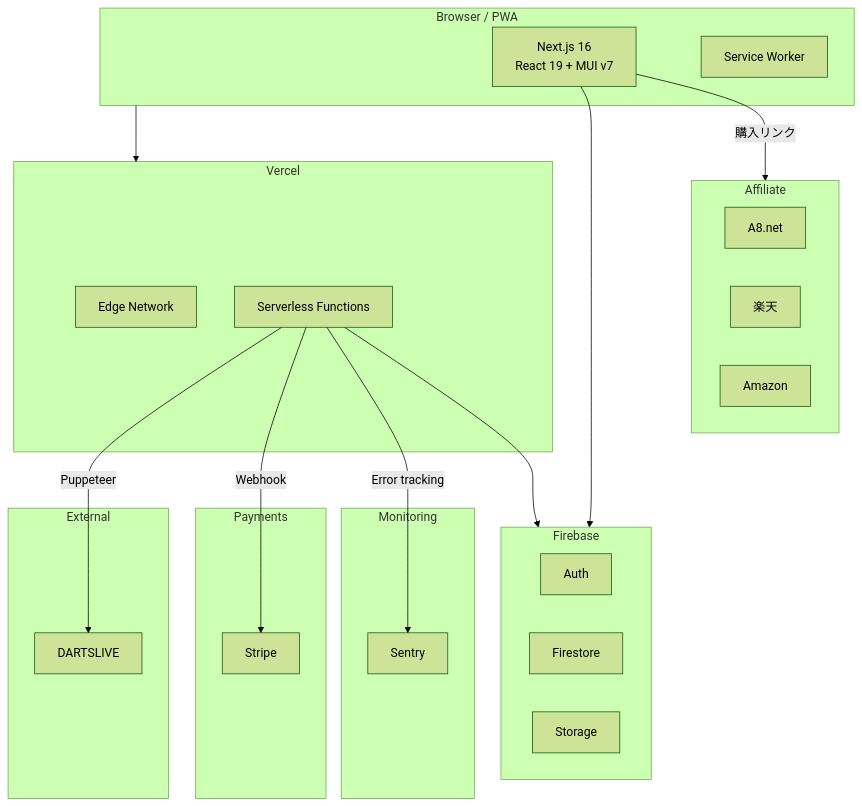
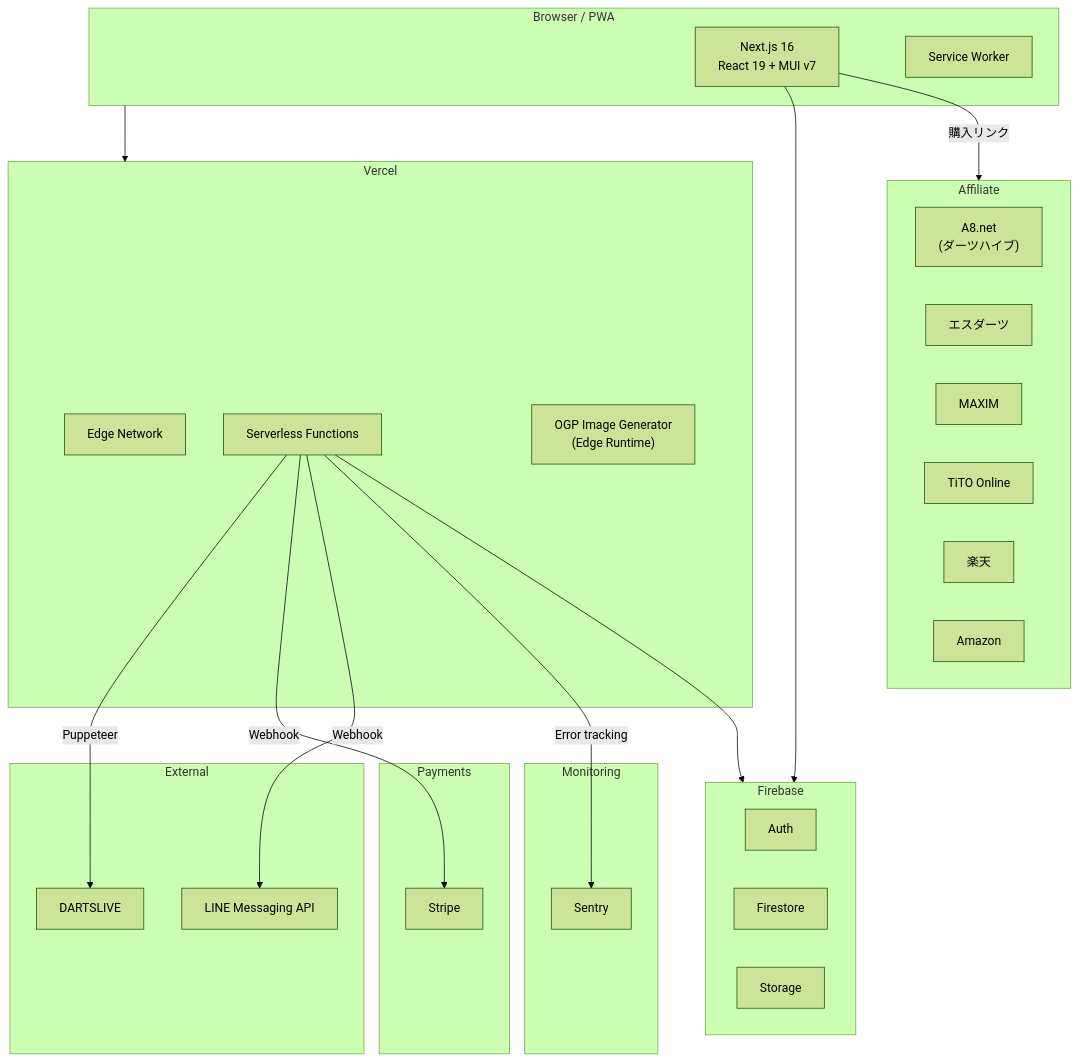
Before and after one commit to seiryuu1215/darts-app: the diagram in README.md, drawn with Mermaid (forest theme). The commit also changed other lines of this file and 14 other files, not shown here.

````diff
--- a/README.md
+++ b/README.md
@@ -126,44 +151,50 @@
 ```mermaid
 graph TB
     subgraph Client["Browser / PWA"]
         App["Next.js 16<br/>React 19 + MUI v7"]
         SW["Service Worker"]
     end
 
     subgraph Vercel
         Edge["Edge Network"]
         SF["Serverless Functions"]
+        OG["OGP Image Generator<br/>(Edge Runtime)"]
     end
 
     subgraph Firebase
         Auth["Auth"]
         FS["Firestore"]
         ST["Storage"]
     end
 
     subgraph Payments
         Stripe["Stripe"]
     end
 
     subgraph Monitoring
         Sentry["Sentry"]
     end
 
     subgraph External
         DL["DARTSLIVE"]
+        LINE["LINE Messaging API"]
     end
 
     subgraph Affiliate
-        A8["A8.net"]
+        A8["A8.net<br/>(ダーツハイブ)"]
+        SD["エスダーツ"]
+        MX["MAXIM"]
+        TT["TiTO Online"]
         RK["楽天"]
         AZ["Amazon"]
     end
 
     Client --> Vercel
     SF --> Firebase
     SF -->|Puppeteer| DL
     SF -->|Webhook| Stripe
+    SF -->|Webhook| LINE
     SF -->|Error tracking| Sentry
     App --> Firebase
     App -->|購入リンク| Affiliate
 ```
````
